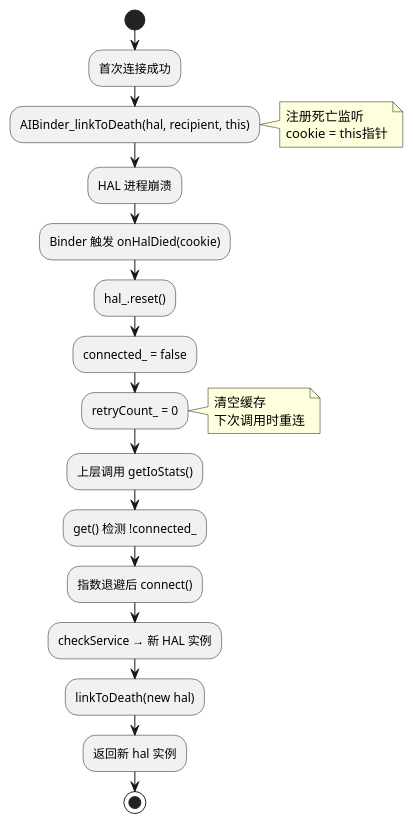
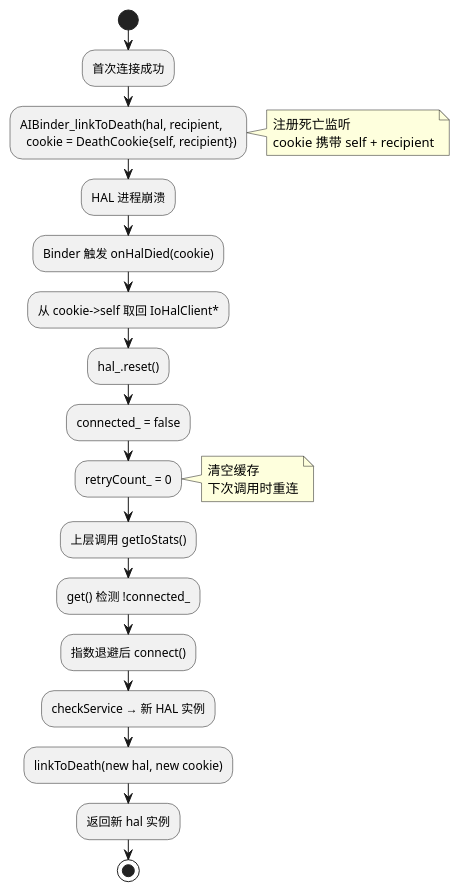
One commit to lechao365/AndroidSystemEnhance changed diagram 15 of 17 in 02-IO增强/02.03-Daemon增强-lciod-daemon.md. Above: the diagram before and after it, drawn with PlantUML. The commit also changed other lines of this file and 33 other files, not shown here.

````diff
--- a/02-IO增强/02.03-Daemon增强-lciod-daemon.md
+++ b/02-IO增强/02.03-Daemon增强-lciod-daemon.md
@@ -768,32 +768,33 @@
 ```plantuml
 @startuml
 start
 :首次连接成功;
-:AIBinder_linkToDeath(hal, recipient, this);
+:AIBinder_linkToDeath(hal, recipient,\n  cookie = DeathCookie{self, recipient});
 
-note right: 注册死亡监听\ncookie = this指针
+note right: 注册死亡监听\ncookie 携带 self + recipient
 
 :HAL 进程崩溃;
 
 :Binder 触发 onHalDied(cookie);
 
+:从 cookie->self 取回 IoHalClient*;
 :hal_.reset();
 :connected_ = false;
 :retryCount_ = 0;
 
 note right: 清空缓存\n下次调用时重连
 
 :上层调用 getIoStats();
 
 :get() 检测 !connected_;
 
 :指数退避后 connect();
 
 :checkService → 新 HAL 实例;
 
-:linkToDeath(new hal);
+:linkToDeath(new hal, new cookie);
 
 :返回新 hal 实例;
 stop
 @enduml
 ```
````
